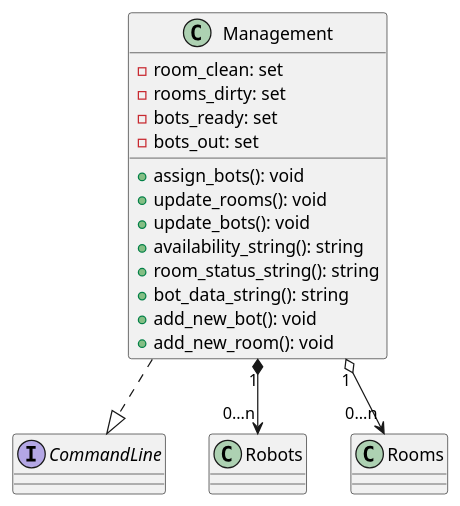
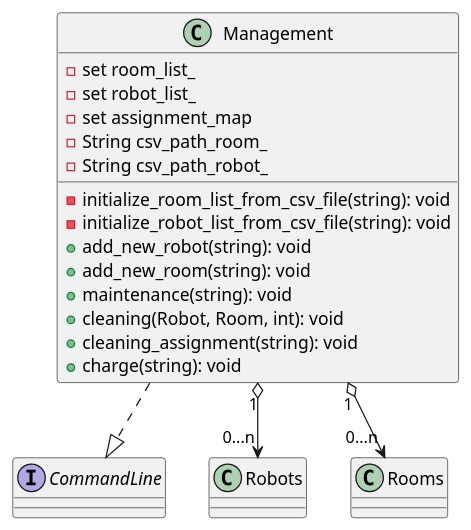
The diagram in docs/design/class_diagrams/management_class_diagram.puml (ur-cs-courses/course-project-krykna), drawn with PlantUML before and after one commit. The commit also changed 1 other file, not shown here.

Commit message:
Updated management class diagram
Revised the management class diagram to reflect current state of project

```diff
--- a/docs/design/class_diagrams/management_class_diagram.puml
+++ b/docs/design/class_diagrams/management_class_diagram.puml
@@ -1,27 +1,27 @@
 @startuml
 class Management {
-  - room_clean: set
-  - rooms_dirty: set
-  - bots_ready: set
-  - bots_out: set
-  
-  + assign_bots(): void
-  + update_rooms(): void
-  + update_bots(): void
-  + availability_string(): string
-  + room_status_string(): string
-  + bot_data_string(): string
-  + add_new_bot(): void
-  + add_new_room(): void
+  - set room_list_
+  - set robot_list_
+  - set assignment_map
+  - String csv_path_room_
+  - String csv_path_robot_
+  - initialize_room_list_from_csv_file(string): void
+  - initialize_robot_list_from_csv_file(string): void
+  + add_new_robot(string): void
+  + add_new_room(string): void
+  + maintenance(string): void
+  + cleaning(Robot, Room, int): void
+  + cleaning_assignment(string): void
+  + charge(string): void
 }
 
 interface CommandLine {}
 
 class Robots{}
 
 class Rooms{}
 
 Management "1" o--> "0...n" Rooms
-Management "1" *--> "0...n" Robots
+Management "1" o--> "0...n" Robots
 Management ..|> CommandLine
 @enduml
```
